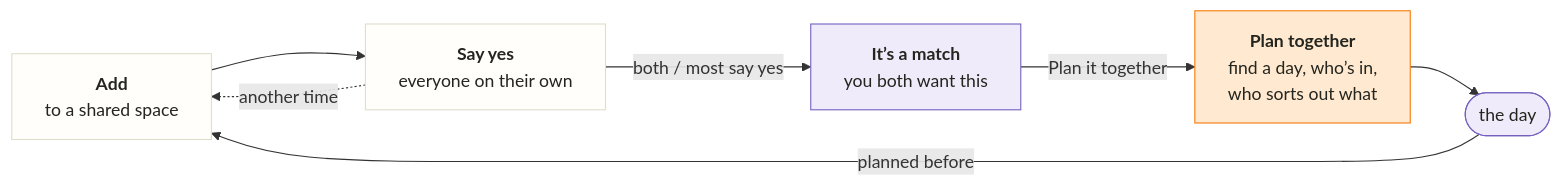
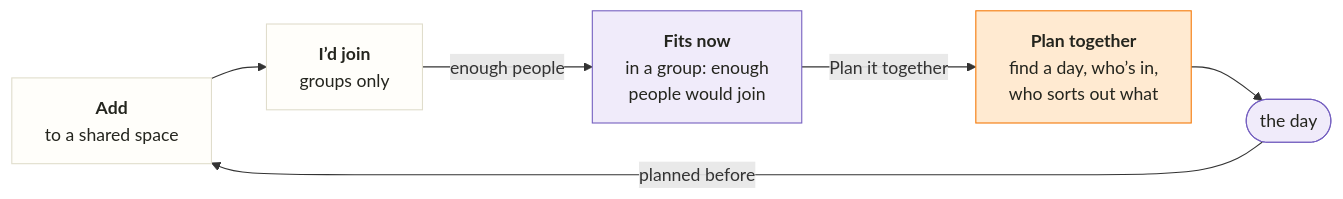
Before and after one commit to BaZom/IdeaMemory: the second of 2 diagrams in docs/roadmap.md, drawn with Mermaid. The commit also changed other lines of this file and 6 other files, not shown here.

````diff
--- a/docs/roadmap.md
+++ b/docs/roadmap.md
@@ -65,22 +65,21 @@
 ```mermaid
 flowchart LR
     A["<b>Add</b><br/>to a shared space"]
-    Y["<b>Say yes</b><br/>everyone on their own"]
-    X["<b>It’s a match</b><br/>you both want this"]
+    Y["<b>I’d join</b><br/>groups only"]
+    X["<b>Fits now</b><br/>in a group: enough<br/>people would join"]
     T["<b>Plan together</b><br/>find a day, who’s in,<br/>who sorts out what"]
     D(["the day"])
 
     A --> Y
-    Y -- "both / most say yes" --> X
-    Y -. "another time" .-> A
+    Y -- "enough people" --> X
     X -- "Plan it together" --> T
     T --> D
     D -- "planned before" --> A
 
     classDef step fill:#FFFEFA,stroke:#E0DDCC,color:#24251E
     classDef key fill:#FFEAD1,stroke:#F57908,color:#24251E
     classDef us fill:#F0EBFA,stroke:#7560C0,color:#24251E
     class A,Y step
     class T key
     class X,D us
 ```
````
